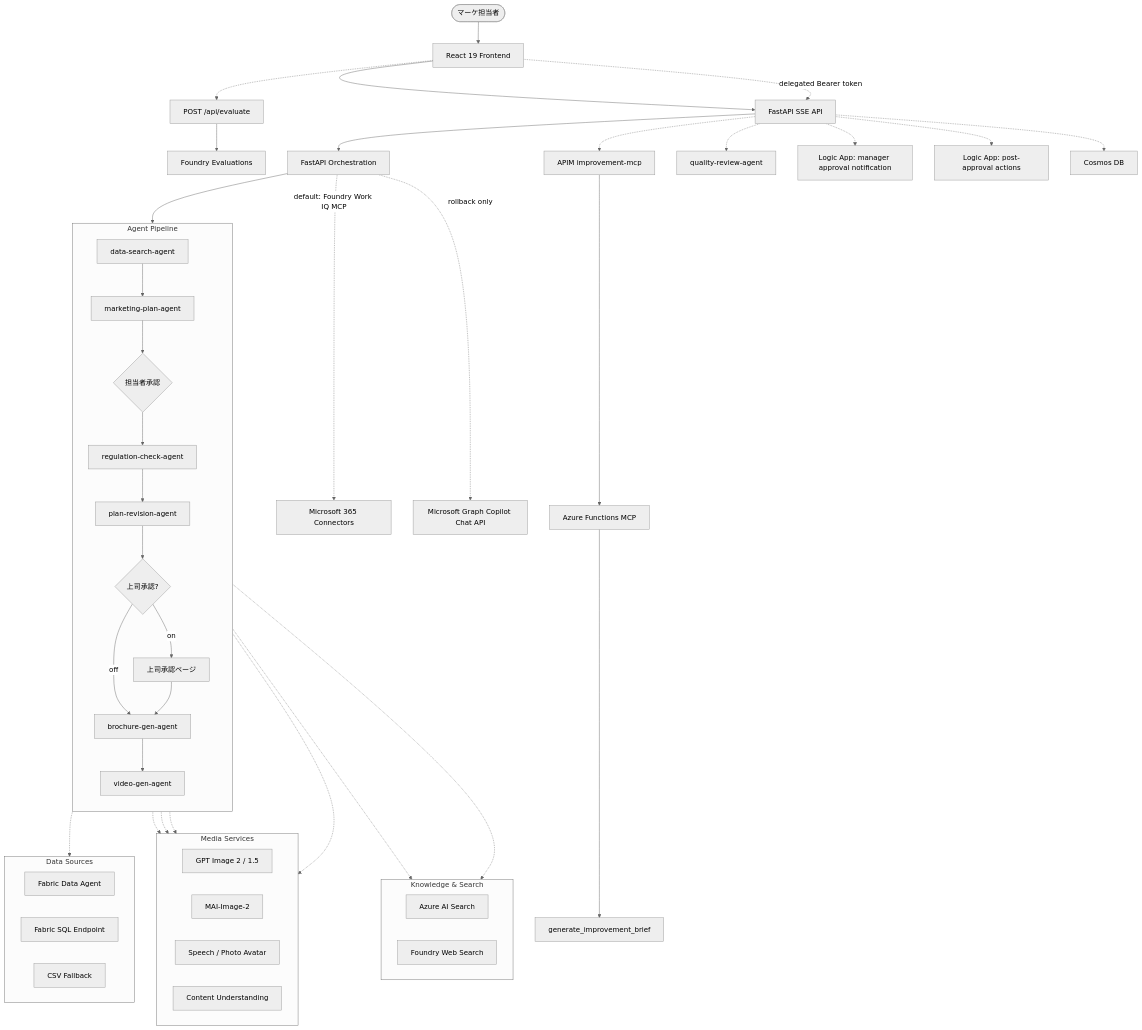
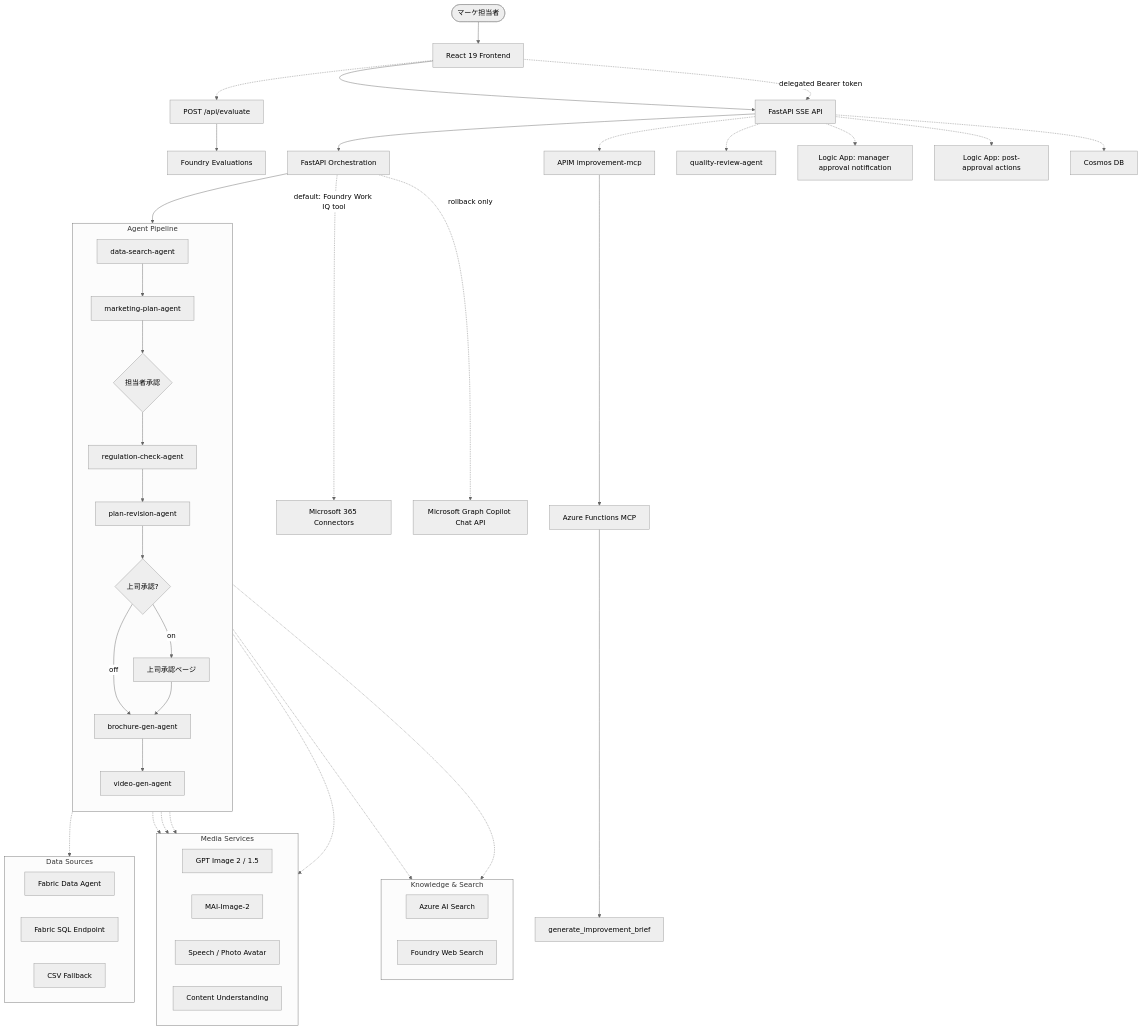
Before and after one commit to naoki1213mj/travel-marketing-ai: the first of 2 diagrams in docs/azure-architecture.md, drawn with Mermaid (neutral theme). The commit also changed other lines of this file and 14 other files, not shown here.

First line of the commit message:
fix: improve work iq mcp fallback and docs

````diff
--- a/docs/azure-architecture.md
+++ b/docs/azure-architecture.md
@@ -7,64 +7,64 @@
 ```mermaid
 flowchart TD
     user([マーケ担当者]) --> ui[React 19 Frontend]
     ui --> api[FastAPI SSE API]
     ui -. delegated Bearer token .-> api
     ui -.-> eval[POST /api/evaluate]
     eval --> foundryEval[Foundry Evaluations]
 
     api --> flow[FastAPI Orchestration]
     api -.-> apimMcp[APIM improvement-mcp]
-    flow -. default: Foundry Work IQ MCP .-> m365[Microsoft 365 Connectors]
+    flow -. default: Foundry Work IQ tool .-> m365[Microsoft 365 Connectors]
     flow -. rollback only .-> workiq[Microsoft Graph Copilot Chat API]
     apimMcp --> mcpFunc[Azure Functions MCP]
     mcpFunc --> mcpTool[generate_improvement_brief]
 
     subgraph agents[Agent Pipeline]
         direction TB
         a1[data-search-agent] --> a2[marketing-plan-agent]
         a2 --> approve{担当者承認}
         approve --> a3a[regulation-check-agent]
         a3a --> a3b[plan-revision-agent]
         a3b --> mgr{上司承認?}
         mgr -->|off| a4[brochure-gen-agent]
         mgr -->|on| portal[上司承認ページ]
         portal --> a4
         a4 --> a5[video-gen-agent]
     end
 
     flow --> agents
 
     subgraph data[Data Sources]
         direction LR
         dataAgent[Fabric Data Agent]
         fabricSQL[Fabric SQL Endpoint]
         csv[CSV Fallback]
     end
 
     subgraph knowledge[Knowledge & Search]
         direction LR
         aiSearch[Azure AI Search]
         webSearch[Foundry Web Search]
     end
 
     subgraph media[Media Services]
         direction LR
         gptImg[GPT Image 2 / 1.5]
         maiImg[MAI-Image-2]
         avatar[Speech / Photo Avatar]
         cu[Content Understanding]
     end
 
     a1 -.-> data
     a2 -.-> webSearch
     a3a -.-> knowledge
     a4 -.-> gptImg
     a4 -.-> maiImg
     a4 -.-> cu
     a5 -.-> avatar
 
     api -.-> review[quality-review-agent]
     api -.-> mgrLogic[Logic App: manager approval notification]
     api -.-> postLogic[Logic App: post-approval actions]
     api -.-> cosmos[Cosmos DB]
 ```
````
